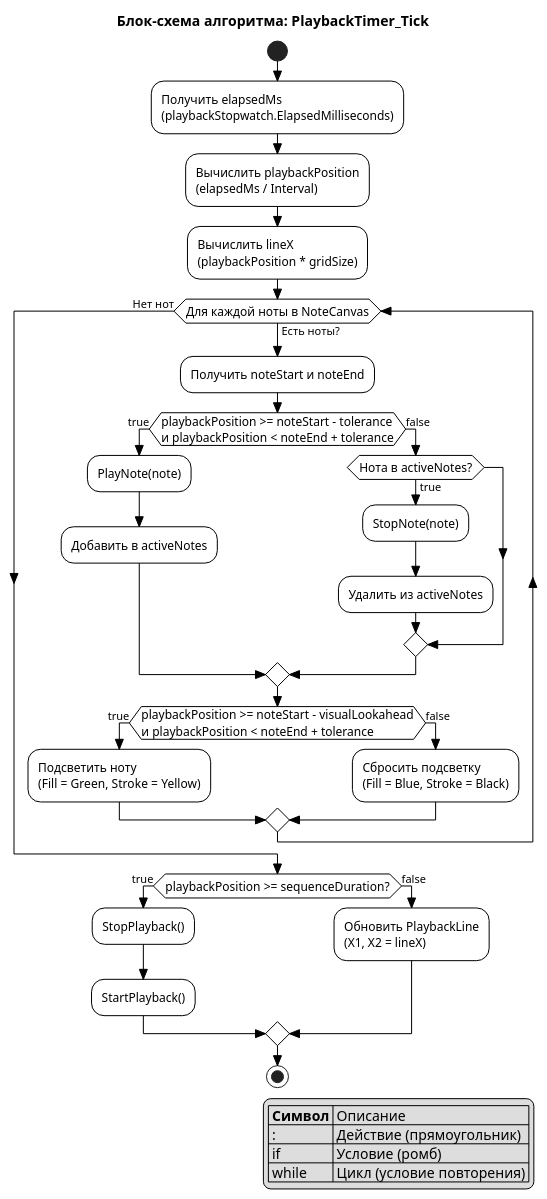
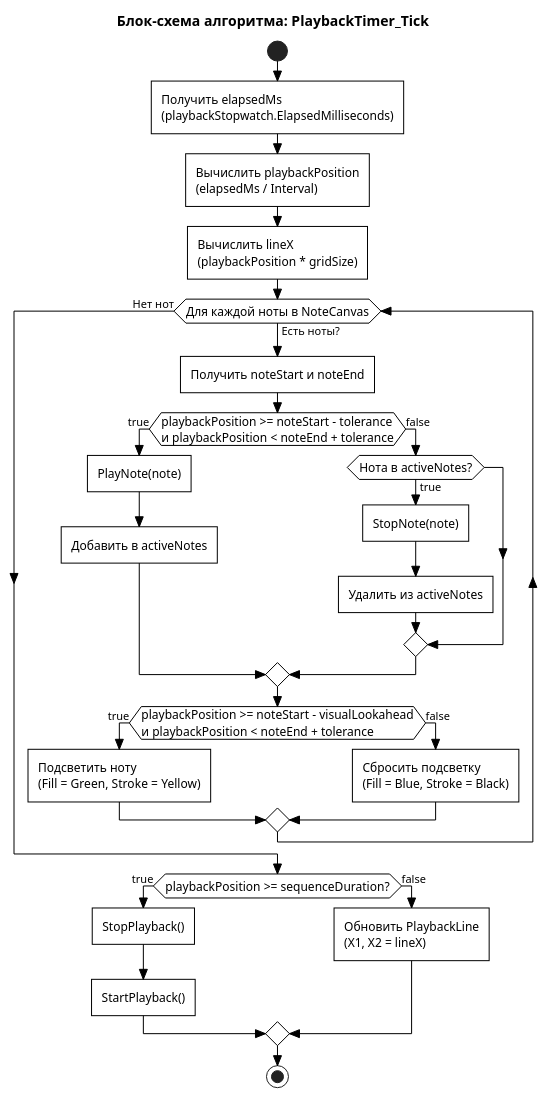
Before and after one commit to alex-pyslar/dream-synth: the diagram in docs/MidiEditor/activity.puml, drawn with PlantUML. The commit also changed 23 other files, not shown here.

Commit message:
Обновление диаграмм

```diff
--- a/docs/MidiEditor/activity.puml
+++ b/docs/MidiEditor/activity.puml
@@ -1,59 +1,51 @@
 @startuml ActivityDiagramPlaybackTick
 
-' ГОСТ-стиль: черно-белый, без теней, прямоугольные блоки
 skinparam monochrome true
 skinparam shadowing false
 skinparam activityFontSize 12
 skinparam activityFontName Arial
 skinparam activityBorderThickness 1
 skinparam activityBackgroundColor none
 skinparam activityBorderColor black
 skinparam activityCornerRadius 0
 skinparam defaultCornerRadius 0
 skinparam ArrowColor black
 skinparam ActivityDiamondCornerRadius 0
 skinparam style strictuml
+skinparam roundCorner 0
 
 title Блок-схема алгоритма: PlaybackTimer_Tick
 
 start
 
 :Получить elapsedMs\n(playbackStopwatch.ElapsedMilliseconds);
 :Вычислить playbackPosition\n(elapsedMs / Interval);
 :Вычислить lineX\n(playbackPosition * gridSize);
 
 while (Для каждой ноты в NoteCanvas) is (Есть ноты?)
     :Получить noteStart и noteEnd;
     if (playbackPosition >= noteStart - tolerance\nи playbackPosition < noteEnd + tolerance) then (true)
         :PlayNote(note);
         :Добавить в activeNotes;
     else (false)
         if (Нота в activeNotes?) then (true)
             :StopNote(note);
             :Удалить из activeNotes;
         endif
     endif
     if (playbackPosition >= noteStart - visualLookahead\nи playbackPosition < noteEnd + tolerance) then (true)
         :Подсветить ноту\n(Fill = Green, Stroke = Yellow);
     else (false)
         :Сбросить подсветку\n(Fill = Blue, Stroke = Black);
     endif
 end while (Нет нот)
 
 if (playbackPosition >= sequenceDuration?) then (true)
     :StopPlayback();
     :StartPlayback();
 else (false)
     :Обновить PlaybackLine\n(X1, X2 = lineX);
 endif
 
 stop
-
-legend right
-|= Символ | Описание |
-| : | Действие (прямоугольник) |
-| if | Условие (ромб) |
-| while | Цикл (условие повторения) |
-endlegend
-
 @enduml
```
